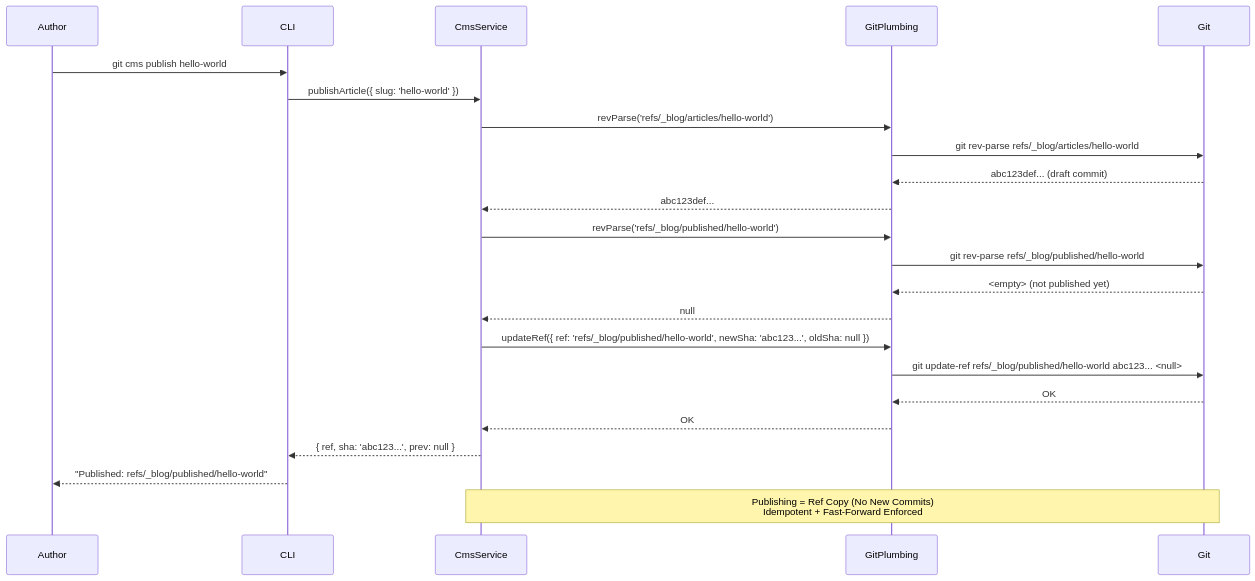
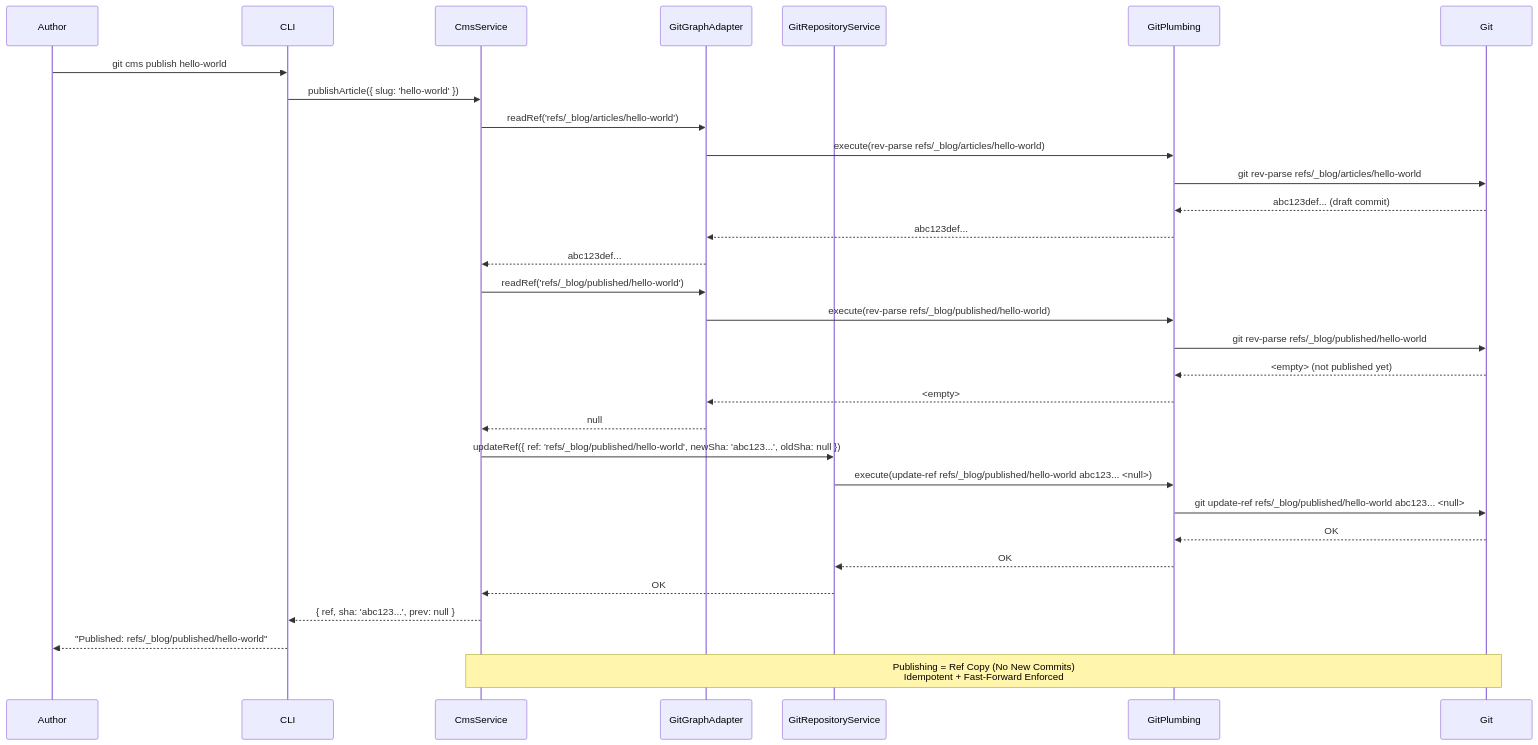
One commit to flyingrobots/git-cms changed the fifth of 14 diagrams in docs/ADR.md. Above: the diagram before and after it, drawn with Mermaid. The commit also changed other lines of this file and 22 other files, not shown here.

````diff
--- a/docs/ADR.md
+++ b/docs/ADR.md
@@ -595,31 +606,39 @@
 ```mermaid
 sequenceDiagram
     participant Author
     participant CLI
     participant CmsService
+    participant GitGraphAdapter
+    participant GitRepositoryService
     participant GitPlumbing
     participant Git
 
     Author->>CLI: git cms publish hello-world
     CLI->>CmsService: publishArticle({ slug: 'hello-world' })
 
-    CmsService->>GitPlumbing: revParse('refs/_blog/articles/hello-world')
+    CmsService->>GitGraphAdapter: readRef('refs/_blog/articles/hello-world')
+    GitGraphAdapter->>GitPlumbing: execute(rev-parse refs/_blog/articles/hello-world)
     GitPlumbing->>Git: git rev-parse refs/_blog/articles/hello-world
     Git-->>GitPlumbing: abc123def... (draft commit)
-    GitPlumbing-->>CmsService: abc123def...
+    GitPlumbing-->>GitGraphAdapter: abc123def...
+    GitGraphAdapter-->>CmsService: abc123def...
 
-    CmsService->>GitPlumbing: revParse('refs/_blog/published/hello-world')
+    CmsService->>GitGraphAdapter: readRef('refs/_blog/published/hello-world')
+    GitGraphAdapter->>GitPlumbing: execute(rev-parse refs/_blog/published/hello-world)
     GitPlumbing->>Git: git rev-parse refs/_blog/published/hello-world
     Git-->>GitPlumbing: <empty> (not published yet)
-    GitPlumbing-->>CmsService: null
+    GitPlumbing-->>GitGraphAdapter: <empty>
+    GitGraphAdapter-->>CmsService: null
 
-    CmsService->>GitPlumbing: updateRef({ ref: 'refs/_blog/published/hello-world', newSha: 'abc123...', oldSha: null })
+    CmsService->>GitRepositoryService: updateRef({ ref: 'refs/_blog/published/hello-world', newSha: 'abc123...', oldSha: null })
+    GitRepositoryService->>GitPlumbing: execute(update-ref refs/_blog/published/hello-world abc123... <null>)
     GitPlumbing->>Git: git update-ref refs/_blog/published/hello-world abc123... <null>
     Git-->>GitPlumbing: OK
-    GitPlumbing-->>CmsService: OK
+    GitPlumbing-->>GitRepositoryService: OK
+    GitRepositoryService-->>CmsService: OK
 
     CmsService-->>CLI: { ref, sha: 'abc123...', prev: null }
     CLI-->>Author: "Published: refs/_blog/published/hello-world"
 
     Note over CmsService,Git: Publishing = Ref Copy (No New Commits)<br/>Idempotent + Fast-Forward Enforced
 ```
````
